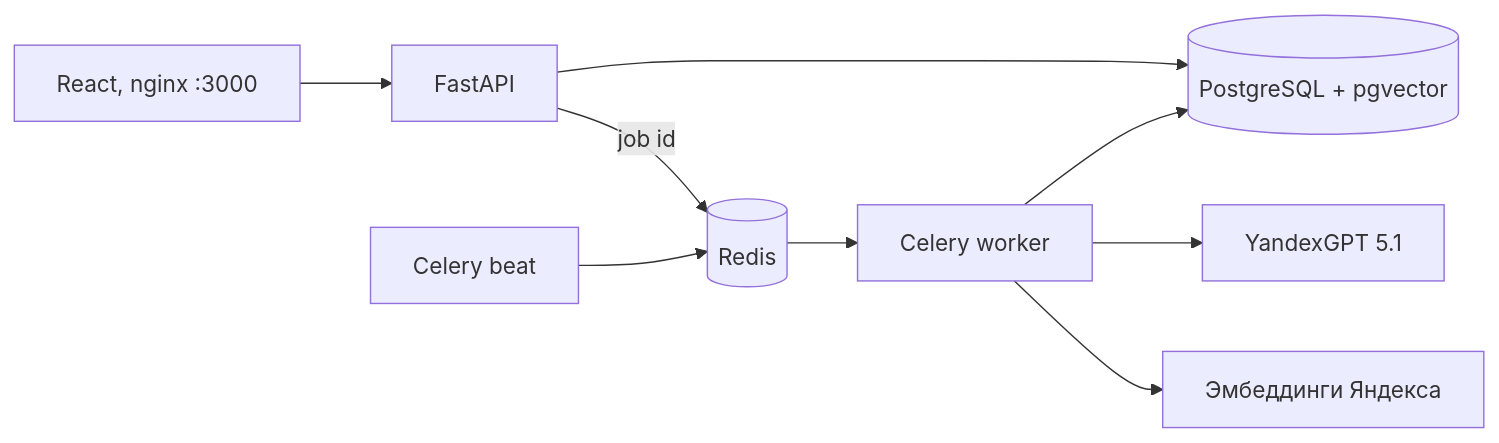
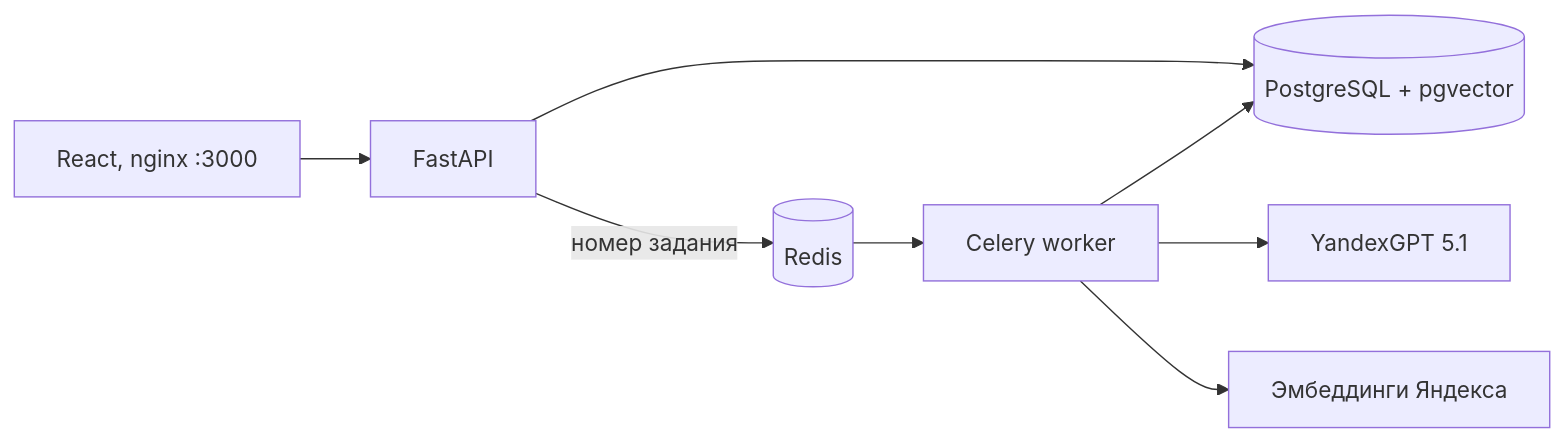
Before and after one commit to loresab-cup/ktru-lite: the diagram in README.md, drawn with Mermaid. The commit also changed other lines of this file and 16 other files, not shown here.

````diff
--- a/README.md
+++ b/README.md
@@ -81,11 +76,10 @@
 ```mermaid
 flowchart LR
   UI[React, nginx :3000] --> API[FastAPI]
   API --> PG[(PostgreSQL + pgvector)]
-  API -- job id --> Redis[(Redis)]
+  API -- номер задания --> Redis[(Redis)]
   Redis --> Worker[Celery worker]
   Worker --> LLM[YandexGPT 5.1]
   Worker --> EMB[Эмбеддинги Яндекса]
   Worker --> PG
-  Beat[Celery beat] --> Redis
 ```
````
